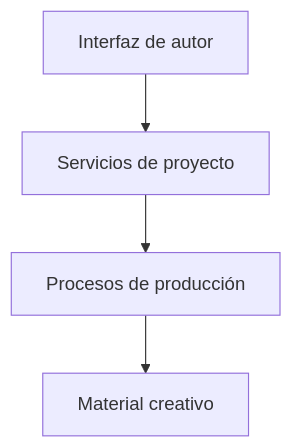
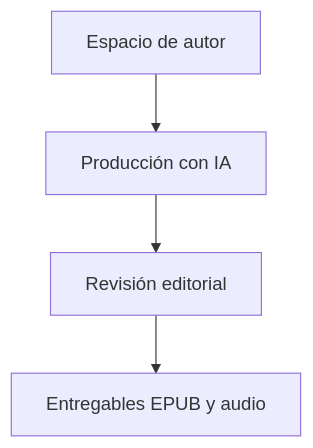
One commit to calinrus-dev/morgenstern-showcase changed the diagram in docs/ARQUITECTURA.md. Above: the diagram before and after it, drawn with Mermaid. The commit also changed other lines of this file and 7 other files, not shown here.

````diff
--- a/docs/ARQUITECTURA.md
+++ b/docs/ARQUITECTURA.md
@@ -15,6 +15,6 @@
 ```mermaid
 flowchart TD
-    A["Interfaz de autor"] --> B["Servicios de proyecto"]
-    B --> C["Procesos de producción"]
-    C --> D["Material creativo"]
+    A["Espacio de autor"] --> B["Producción con IA"]
+    B --> C["Revisión editorial"]
+    C --> D["Entregables EPUB y audio"]
 ```
````
